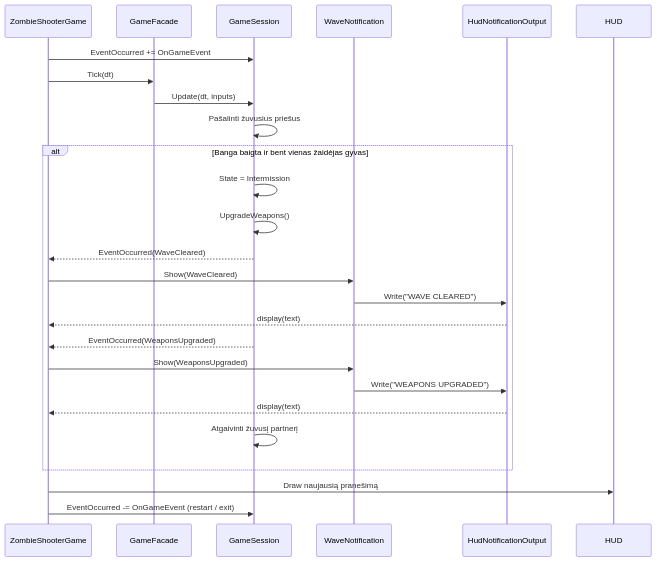
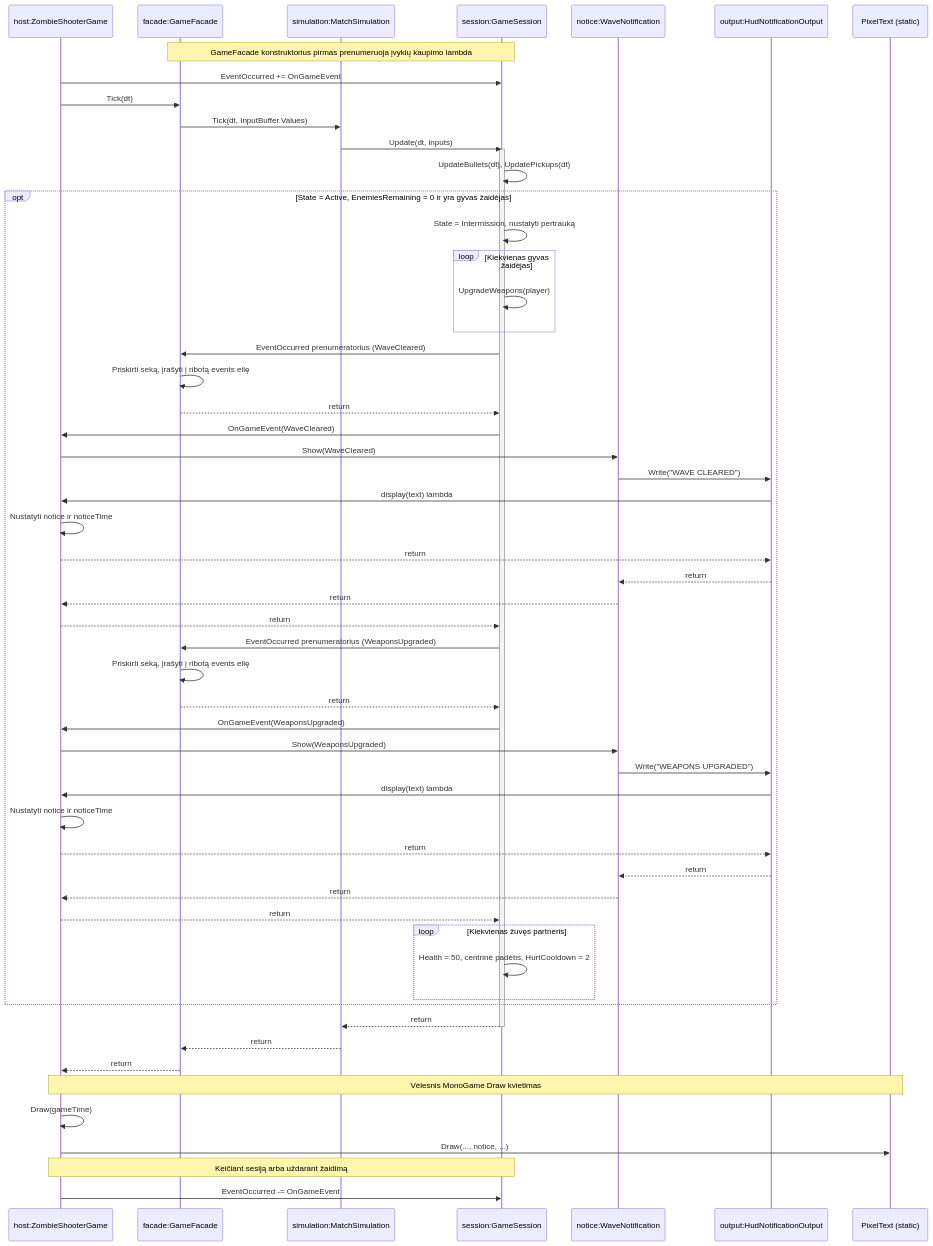
One commit to JuozasPetryla/ZombieShooter changed the sixth of 7 diagrams in docs/PROJEKTO_APRASAS.md. Above: the diagram before and after it, drawn with Mermaid. The commit also changed other lines of this file and 5 other files, not shown here.

Commit message:
UML and shit

````diff
--- a/docs/PROJEKTO_APRASAS.md
+++ b/docs/PROJEKTO_APRASAS.md
@@ -812,28 +929,59 @@
 ```mermaid
 sequenceDiagram
-    participant Host as ZombieShooterGame
-    participant Facade as GameFacade
-    participant Session as GameSession
-    participant Notice as WaveNotification
-    participant Output as HudNotificationOutput
-    participant Screen as HUD
+    participant Host as host:ZombieShooterGame
+    participant Facade as facade:GameFacade
+    participant Simulation as simulation:MatchSimulation
+    participant Session as session:GameSession
+    participant Notice as notice:WaveNotification
+    participant Output as output:HudNotificationOutput
+    participant Text as PixelText (static)
+    Note over Facade,Session: GameFacade konstruktorius pirmas prenumeruoja įvykių kaupimo lambda
     Host->>Session: EventOccurred += OnGameEvent
     Host->>Facade: Tick(dt)
-    Facade->>Session: Update(dt, inputs)
-    Session->>Session: Pašalinti žuvusius priešus
-    alt Banga baigta ir bent vienas žaidėjas gyvas
-        Session->>Session: State = Intermission
-        Session->>Session: UpgradeWeapons()
-        Session-->>Host: EventOccurred(WaveCleared)
+    Facade->>Simulation: Tick(dt, InputBuffer.Values)
+    Simulation->>Session: Update(dt, inputs)
+    activate Session
+    Session->>Session: UpdateBullets(dt), UpdatePickups(dt)
+    opt State = Active, EnemiesRemaining = 0 ir yra gyvas žaidėjas
+        Session->>Session: State = Intermission, nustatyti pertrauką
+        loop Kiekvienas gyvas žaidėjas
+            Session->>Session: UpgradeWeapons(player)
+        end
+        Session->>Facade: EventOccurred prenumeratorius (WaveCleared)
+        Facade->>Facade: Priskirti seką, įrašyti į ribotą events eilę
+        Facade-->>Session: return
+        Session->>Host: OnGameEvent(WaveCleared)
         Host->>Notice: Show(WaveCleared)
         Notice->>Output: Write("WAVE CLEARED")
-        Output-->>Host: display(text)
-        Session-->>Host: EventOccurred(WeaponsUpgraded)
+        Output->>Host: display(text) lambda
+        Host->>Host: Nustatyti notice ir noticeTime
+        Host-->>Output: return
+        Output-->>Notice: return
+        Notice-->>Host: return
+        Host-->>Session: return
+        Session->>Facade: EventOccurred prenumeratorius (WeaponsUpgraded)
+        Facade->>Facade: Priskirti seką, įrašyti į ribotą events eilę
+        Facade-->>Session: return
+        Session->>Host: OnGameEvent(WeaponsUpgraded)
         Host->>Notice: Show(WeaponsUpgraded)
         Notice->>Output: Write("WEAPONS UPGRADED")
-        Output-->>Host: display(text)
-        Session->>Session: Atgaivinti žuvusį partnerį
+        Output->>Host: display(text) lambda
+        Host->>Host: Nustatyti notice ir noticeTime
+        Host-->>Output: return
+        Output-->>Notice: return
+        Notice-->>Host: return
+        Host-->>Session: return
+        loop Kiekvienas žuvęs partneris
+            Session->>Session: Health = 50, centrinė padėtis, HurtCooldown = 2
+        end
     end
-    Host->>Screen: Draw naujausią pranešimą
-    Host->>Session: EventOccurred -= OnGameEvent (restart / exit)
+    Session-->>Simulation: return
+    deactivate Session
+    Simulation-->>Facade: return
+    Facade-->>Host: return
+    Note over Host,Text: Vėlesnis MonoGame Draw kvietimas
+    Host->>Host: Draw(gameTime)
+    Host->>Text: Draw(..., notice, ...)
+    Note over Host,Session: Keičiant sesiją arba uždarant žaidimą
+    Host->>Session: EventOccurred -= OnGameEvent
 ```
````
